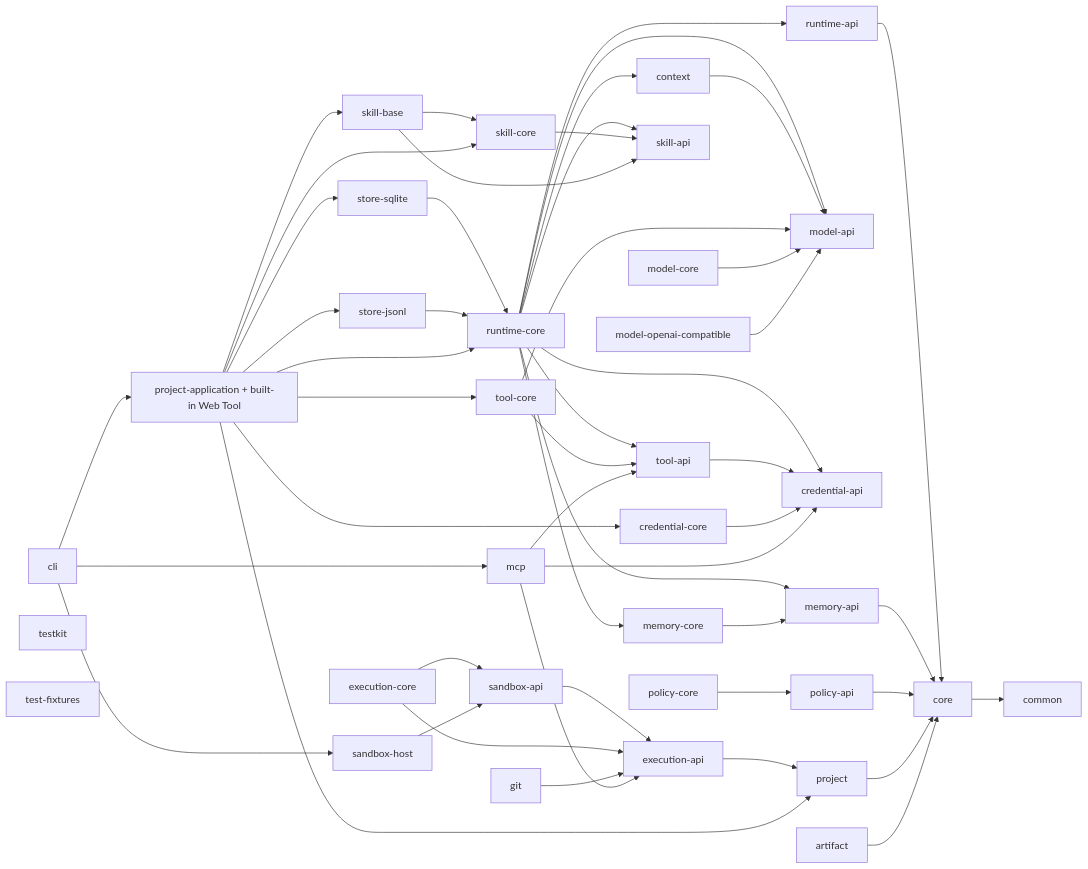
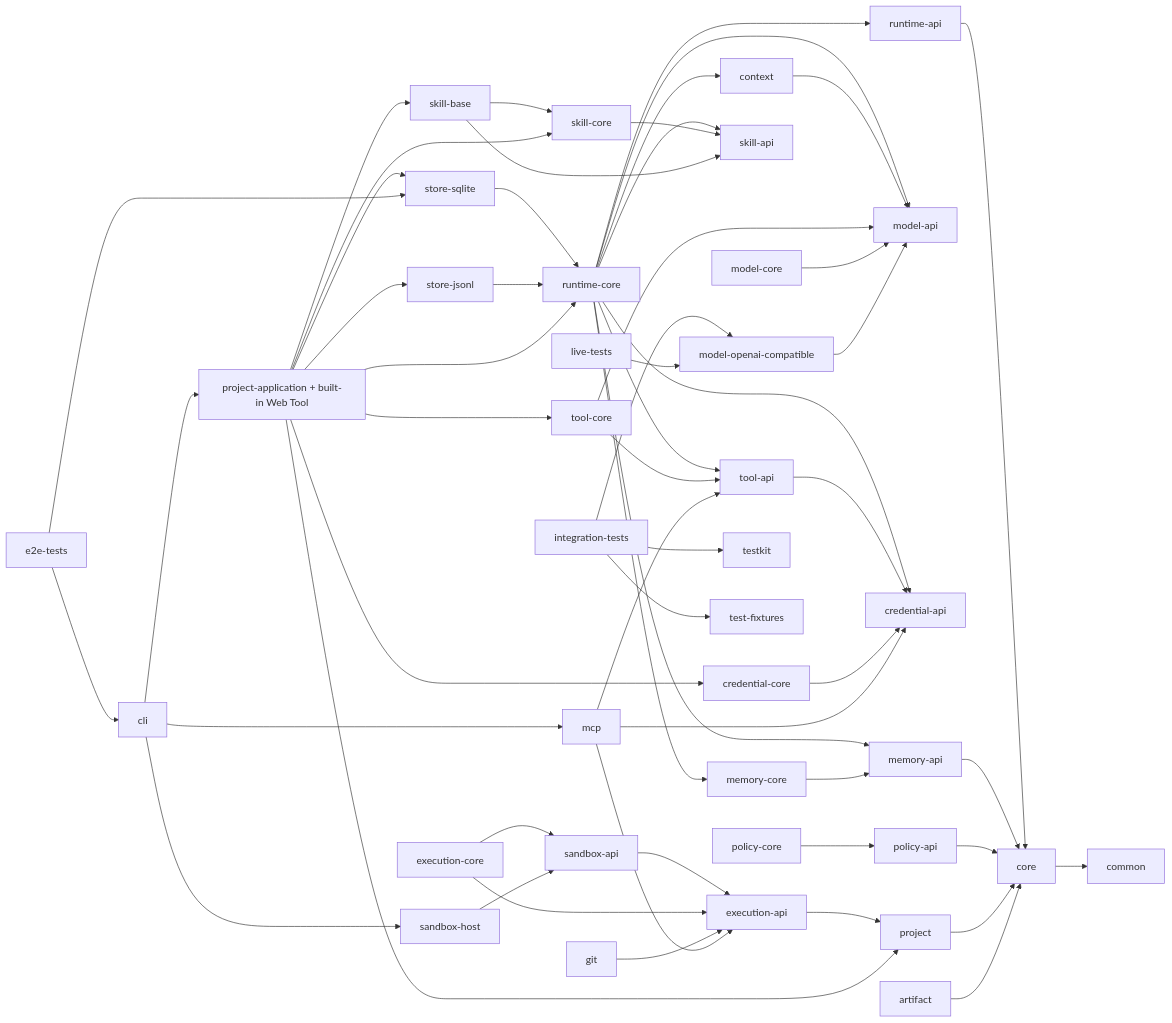
One commit to haifa-agent/haifa-agent changed the diagram in README.md. Above: the diagram before and after it, drawn with Mermaid. The commit also changed other lines of this file and 27 other files, not shown here.

````diff
--- a/README.md
+++ b/README.md
@@ -75,53 +78,59 @@
 ```mermaid
 flowchart LR
   CORE[core] --> COMMON[common]
   RAPI[runtime-api] --> CORE
   RCORE[runtime-core] --> RAPI
   RCORE --> MAPI[model-api]
   RCORE --> TAPI[tool-api]
   RCORE --> CAPI[credential-api]
   RCORE --> CTX[context]
   RCORE --> MEMAPI[memory-api]
   RCORE --> MEMCORE[memory-core]
   RCORE --> SKAPI[skill-api]
   CTX --> MAPI
   TAPI --> CAPI
   TCORE[tool-core] --> TAPI
   TCORE --> MAPI
   CCORE[credential-core] --> CAPI
   MCORE[model-core] --> MAPI
   MEMAPI --> CORE
   MEMCORE --> MEMAPI
   PAPI[policy-api] --> CORE
   PCORE[policy-core] --> PAPI
   SKCORE[skill-core] --> SKAPI
   SKBASE[skill-base] --> SKAPI
   SKBASE --> SKCORE
   PROJECT[project] --> CORE
   ARTIFACT[artifact] --> CORE
   EAPI[execution-api] --> PROJECT
   SAPI[sandbox-api] --> EAPI
   ECORE[execution-core] --> EAPI
   ECORE --> SAPI
   SHOST[sandbox-host] --> SAPI
   GIT[git] --> EAPI
   MCP[mcp] --> TAPI
   MCP --> CAPI
   MCP --> EAPI
   OAI[model-openai-compatible] --> MAPI
   SQLITE[store-sqlite] --> RCORE
   JSONL[store-jsonl] --> RCORE
   PAPP[project-application + built-in Web Tool] --> RCORE
   PAPP --> SQLITE
   PAPP --> JSONL
   PAPP --> PROJECT
   PAPP --> TCORE
   PAPP --> CCORE
   PAPP --> SKCORE
   PAPP --> SKBASE
   CLI[cli] --> PAPP
   CLI --> MCP
   CLI --> SHOST
   TESTKIT[testkit]
   FIXTURES[test-fixtures]
+  ITEST[integration-tests] --> TESTKIT
+  ITEST --> FIXTURES
+  ITEST --> OAI
+  LIVETEST[live-tests] --> OAI
+  E2ETEST[e2e-tests] --> CLI
+  E2ETEST --> SQLITE
 ```
````
